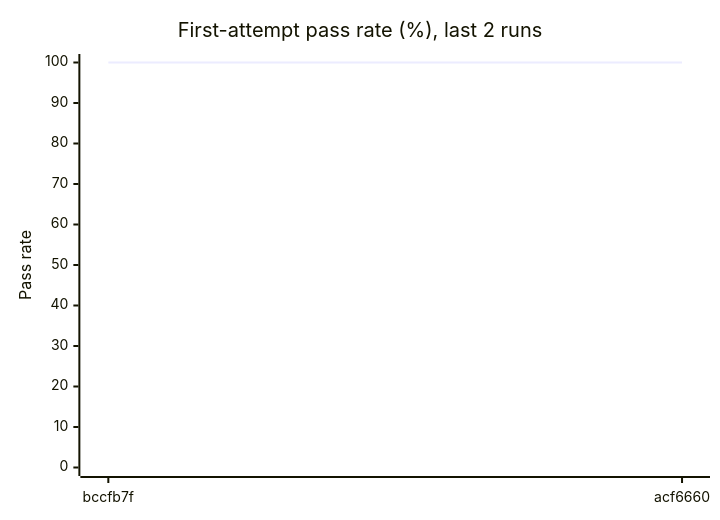
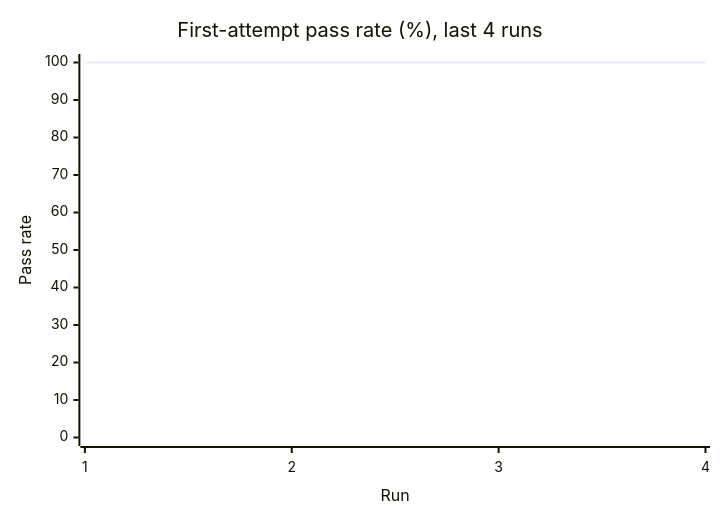
Before and after one commit to Shirojoufu/Service-Template: the first of 3 diagrams in reports/summary.md, drawn with Mermaid. The commit also changed other lines of this file and 5 other files, not shown here.

````diff
--- a/reports/summary.md
+++ b/reports/summary.md
@@ -17,7 +17,7 @@
 ```mermaid
 xychart-beta
-    title "First-attempt pass rate (%), last 2 runs"
-    x-axis ["bccfb7f", "acf6660"]
+    title "First-attempt pass rate (%), last 4 runs"
+    x-axis "Run" [1, 2, 3, 4]
     y-axis "Pass rate" 0 --> 100
-    line [100.0, 100.0]
+    line [100.0, 100.0, 100.0, 100.0]
 ```
````
